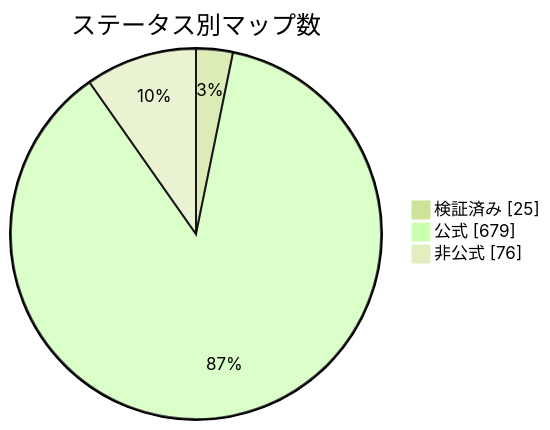
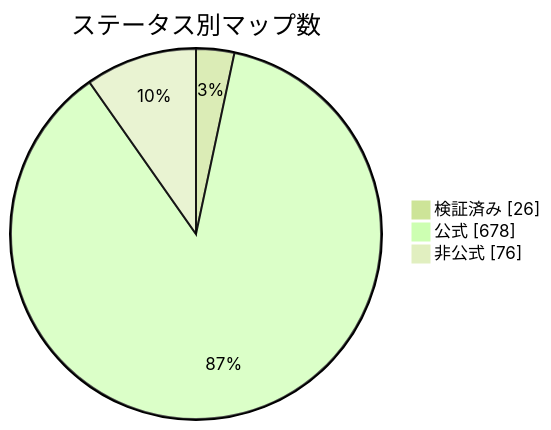
Before and after one commit to nobrega8/mbmap-library: the diagram in docs/readme/README_JP.md, drawn with Mermaid (forest theme). The commit also changed 7 other files, not shown here.

````diff
--- a/docs/readme/README_JP.md
+++ b/docs/readme/README_JP.md
@@ -54,7 +54,7 @@
 ```mermaid
 pie showData
     title ステータス別マップ数
-    "検証済み" : 25
-    "公式" : 679
+    "検証済み" : 26
+    "公式" : 678
     "非公式" : 76
 ```
````
